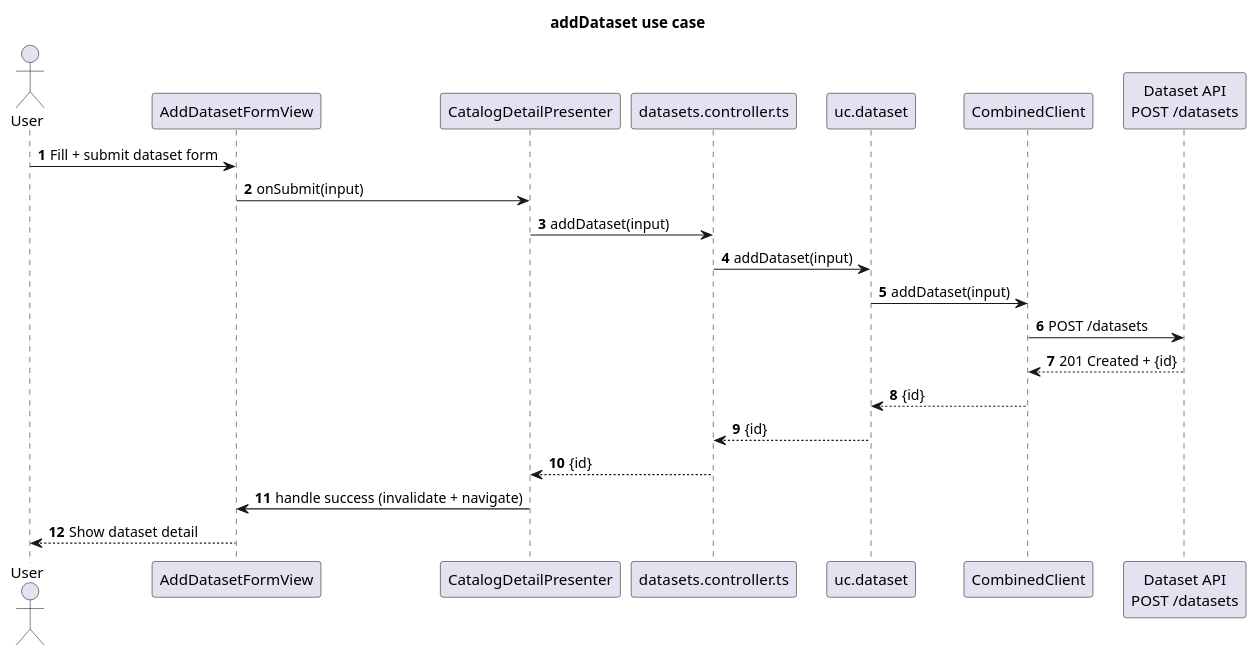
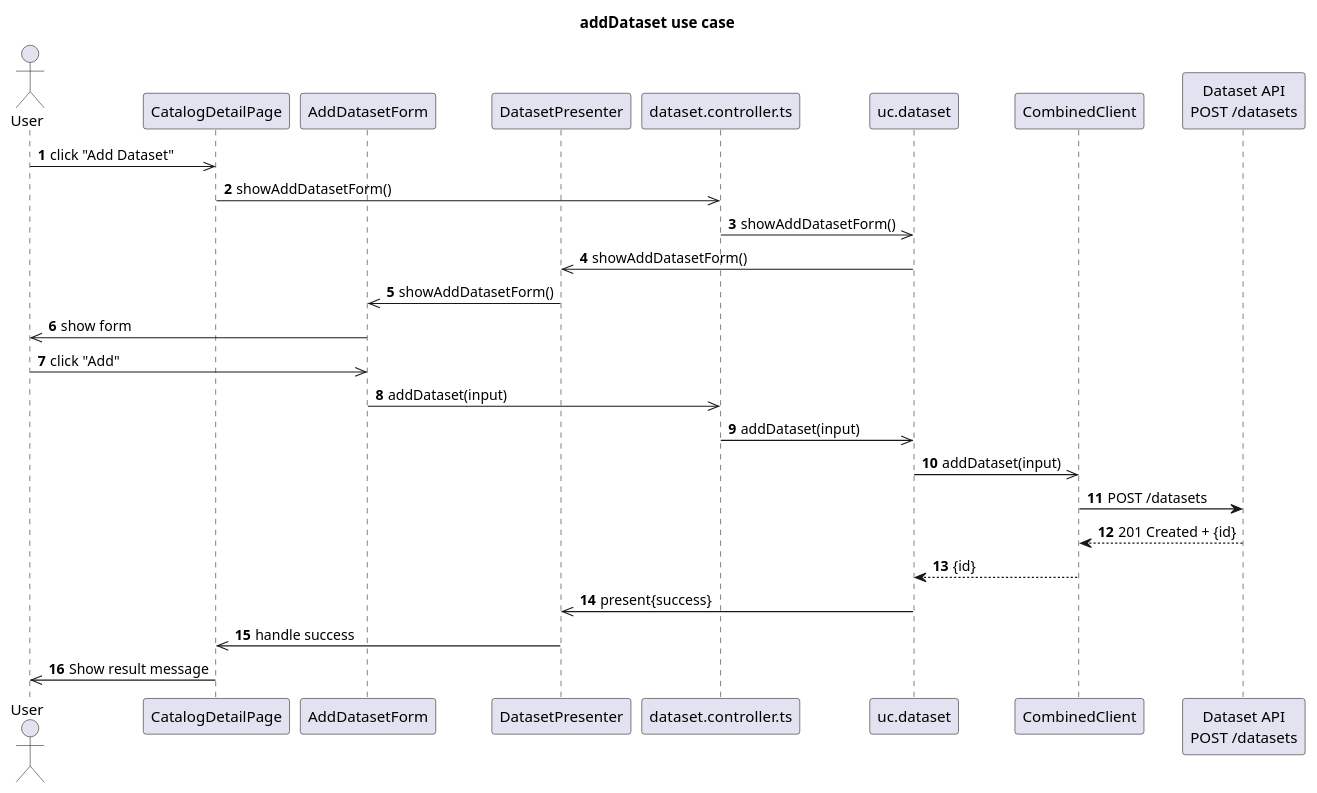
One commit to POP2025-EEPW/doorce-frontend changed the diagram in diagrams/sequence/addDataset.puml. Above: the diagram before and after it, drawn with PlantUML. The commit also changed 1 other file, not shown here.

Commit message:
fix: update schema diagrams to match flow

```diff
--- a/diagrams/sequence/addDataset.puml
+++ b/diagrams/sequence/addDataset.puml
@@ -1,27 +1,33 @@
 @startuml
 title addDataset use case
 autonumber
 
 actor User
 
-participant "AddDatasetFormView" as View
-participant "CatalogDetailPresenter" as Presenter
-participant "datasets.controller.ts" as Controller
+participant "CatalogDetailPage" as View
+participant "AddDatasetForm" as FormView
+participant "DatasetPresenter" as Presenter
+participant "dataset.controller.ts" as Controller
 participant "uc.dataset" as UseCase
 participant "CombinedClient" as Client
 participant "Dataset API\nPOST /datasets" as Http
 
-User -> View : Fill + submit dataset form
-View -> Presenter : onSubmit(input)
-Presenter -> Controller : addDataset(input)
-Controller -> UseCase : addDataset(input)
-UseCase -> Client : addDataset(input)
+User ->> View : click "Add Dataset"
+View ->> Controller : showAddDatasetForm()
+Controller ->> UseCase : showAddDatasetForm()
+UseCase ->> Presenter : showAddDatasetForm()
+Presenter ->> FormView : showAddDatasetForm()
+FormView ->> User : show form
+
+User ->> FormView : click "Add"
+FormView ->> Controller : addDataset(input)
+Controller ->> UseCase : addDataset(input)
+UseCase ->> Client : addDataset(input)
 Client -> Http : POST /datasets
 Http --> Client : 201 Created + {id}
 Client --> UseCase : {id}
-UseCase --> Controller : {id}
-Controller --> Presenter : {id}
-Presenter -> View : handle success (invalidate + navigate)
-View --> User : Show dataset detail
+UseCase ->> Presenter : present{success}
+Presenter ->> View : handle success
+View ->> User : Show result message
 
 @enduml
```
